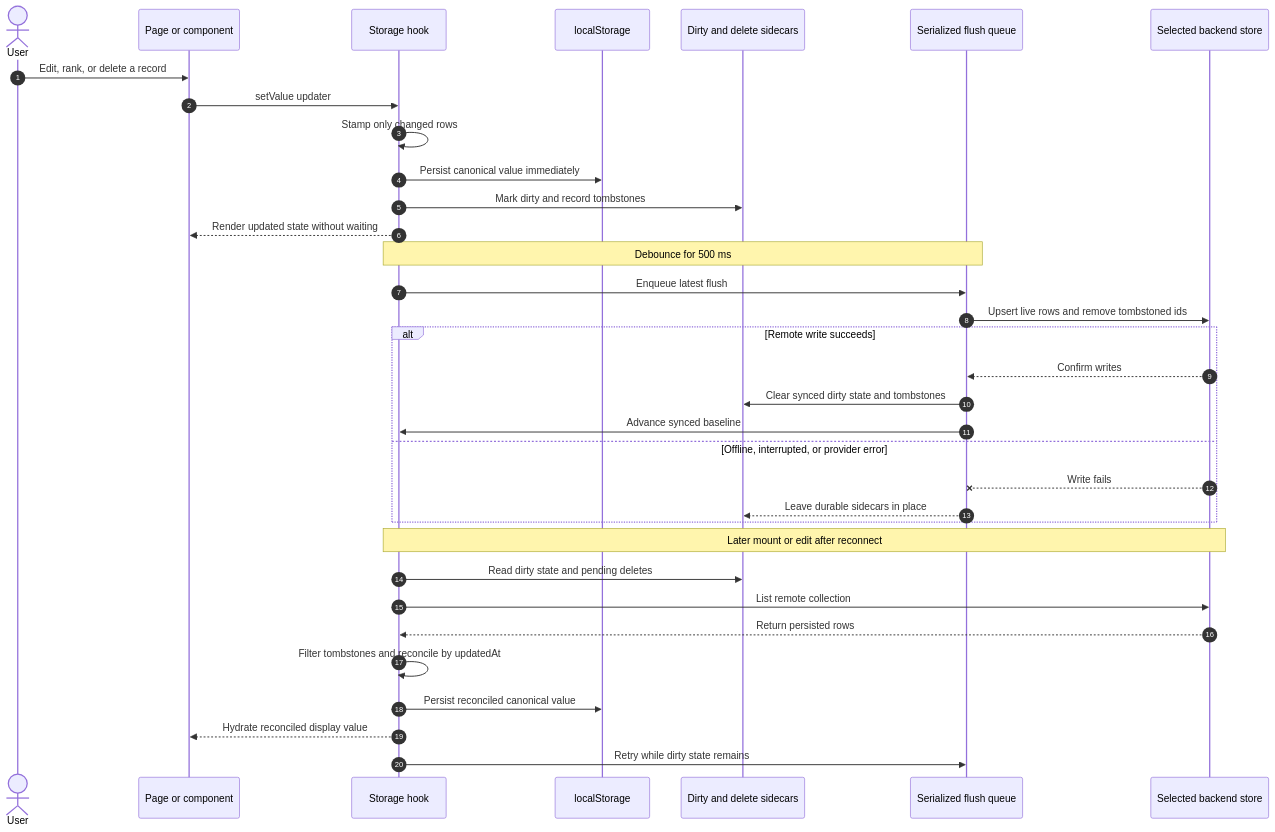
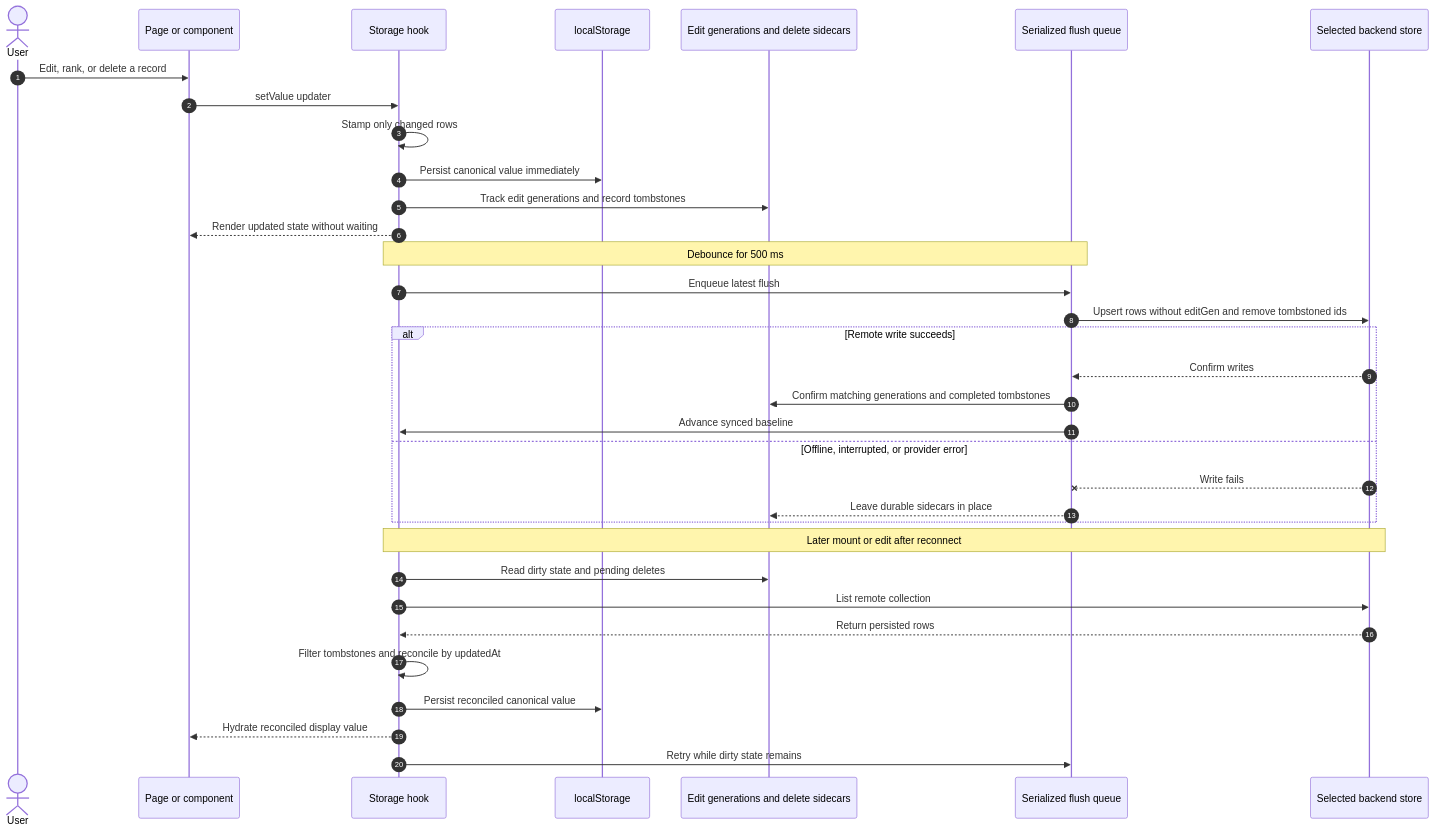
One commit to Pritesh1980/sable changed the fourth of 11 diagrams in docs/ARCHITECTURE.md. Above: the diagram before and after it, drawn with Mermaid. The commit also changed other lines of this file and 3 other files, not shown here.

````diff
--- a/docs/ARCHITECTURE.md
+++ b/docs/ARCHITECTURE.md
@@ -189,40 +225,40 @@
 ```mermaid
 sequenceDiagram
   autonumber
   actor User
   participant UI as Page or component
   participant Hook as Storage hook
   participant Cache as localStorage
-  participant Sidecar as Dirty and delete sidecars
+  participant Sidecar as Edit generations and delete sidecars
   participant Queue as Serialized flush queue
   participant Remote as Selected backend store
 
   User->>UI: Edit, rank, or delete a record
   UI->>Hook: setValue updater
   Hook->>Hook: Stamp only changed rows
   Hook->>Cache: Persist canonical value immediately
-  Hook->>Sidecar: Mark dirty and record tombstones
+  Hook->>Sidecar: Track edit generations and record tombstones
   Hook-->>UI: Render updated state without waiting
 
   Note over Hook,Queue: Debounce for 500 ms
   Hook->>Queue: Enqueue latest flush
-  Queue->>Remote: Upsert live rows and remove tombstoned ids
+  Queue->>Remote: Upsert rows without editGen and remove tombstoned ids
 
   alt Remote write succeeds
     Remote-->>Queue: Confirm writes
-    Queue->>Sidecar: Clear synced dirty state and tombstones
+    Queue->>Sidecar: Confirm matching generations and completed tombstones
     Queue->>Hook: Advance synced baseline
   else Offline, interrupted, or provider error
     Remote--xQueue: Write fails
     Queue-->>Sidecar: Leave durable sidecars in place
   end
 
   Note over Hook,Remote: Later mount or edit after reconnect
   Hook->>Sidecar: Read dirty state and pending deletes
   Hook->>Remote: List remote collection
   Remote-->>Hook: Return persisted rows
   Hook->>Hook: Filter tombstones and reconcile by updatedAt
   Hook->>Cache: Persist reconciled canonical value
   Hook-->>UI: Hydrate reconciled display value
   Hook->>Queue: Retry while dirty state remains
 ```
````
